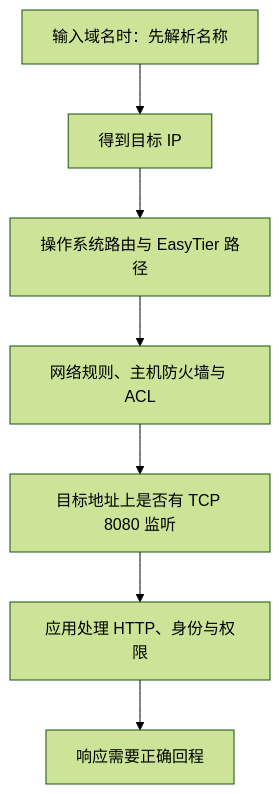
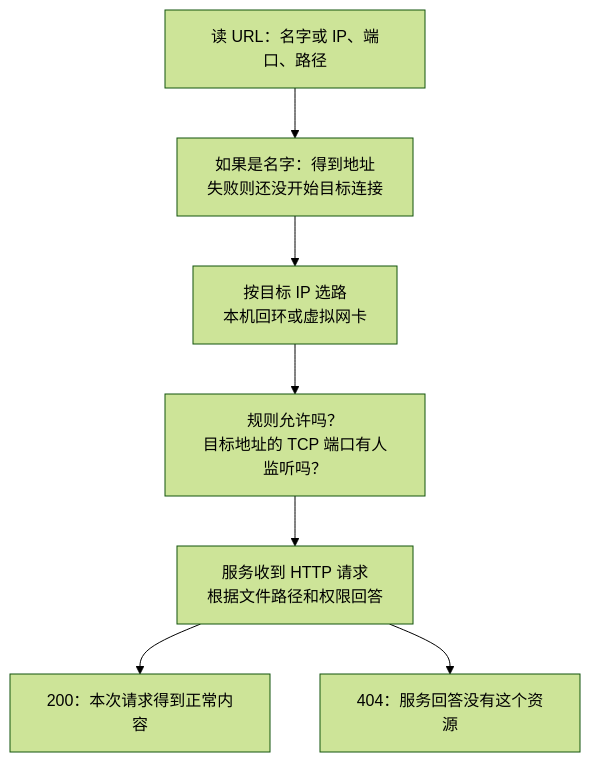
Before and after one commit to sonofmagic/easytier-docs: the diagram in apps/website/chapters/17-apps-dns.md, drawn with Mermaid (forest theme). The commit also changed other lines of this file and 59 other files, not shown here.

Commit message:
docs: rebuild EasyTier course for network beginners

````diff
--- a/apps/website/chapters/17-apps-dns.md
+++ b/apps/website/chapters/17-apps-dns.md
@@ -24,9 +40,9 @@
 ```mermaid
 flowchart TD
-  Name["输入域名时：先解析名称"] --> IP["得到目标 IP"]
-  IP --> Route["操作系统路由与 EasyTier 路径"]
-  Route --> Filter["网络规则、主机防火墙与 ACL"]
-  Filter --> Listen["目标地址上是否有 TCP 8080 监听"]
-  Listen --> App["应用处理 HTTP、身份与权限"]
-  App --> Return["响应需要正确回程"]
+  URL["读 URL：名字或 IP、端口、路径"] --> Name["如果是名字：得到地址<br/>失败则还没开始目标连接"]
+  Name --> Route["按目标 IP 选路<br/>本机回环或虚拟网卡"]
+  Route --> Listen["规则允许吗？<br/>目标地址的 TCP 端口有人监听吗？"]
+  Listen --> HTTP["服务收到 HTTP 请求<br/>根据文件路径和权限回答"]
+  HTTP --> Good["200：本次请求得到正常内容"]
+  HTTP --> Missing["404：服务回答没有这个资源"]
 ```
````
